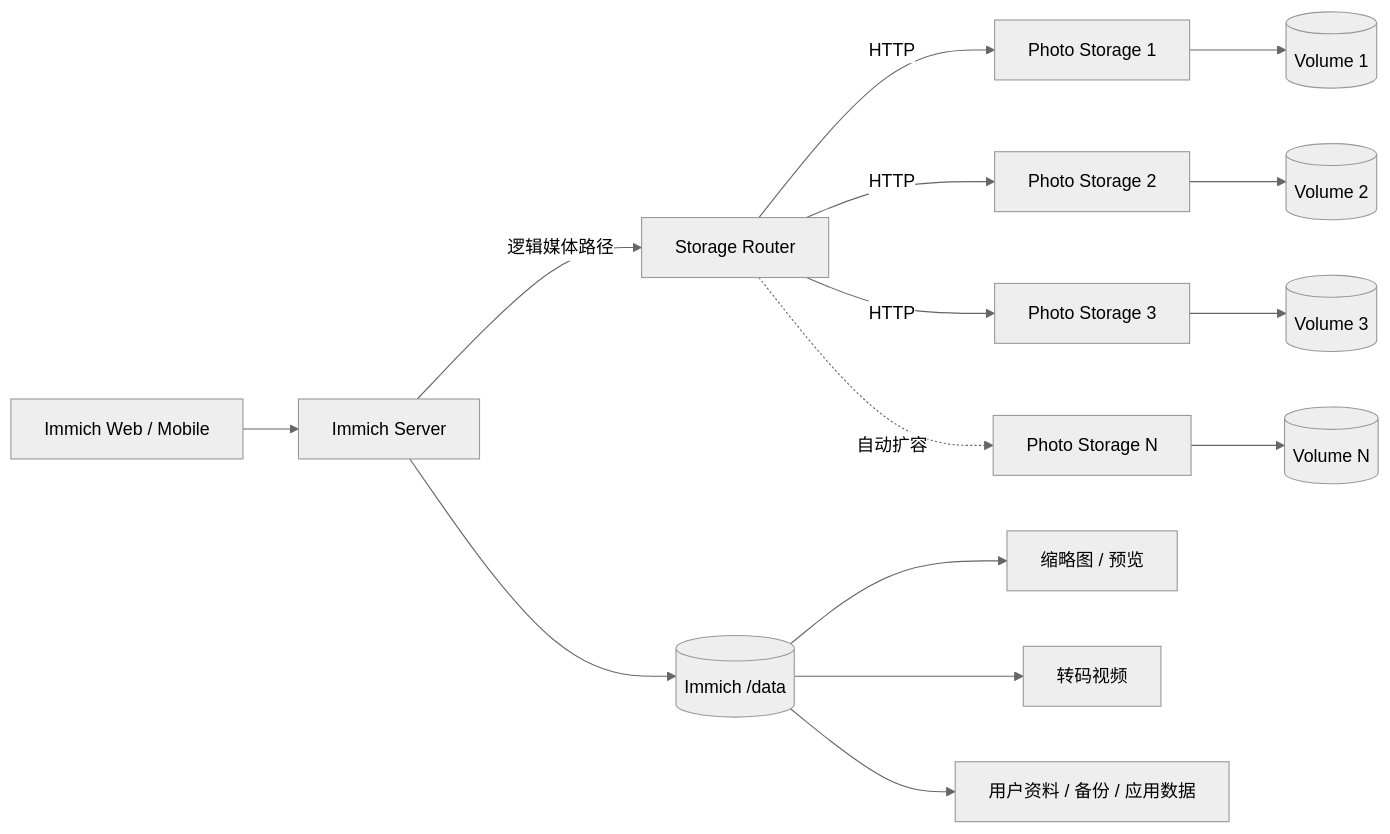
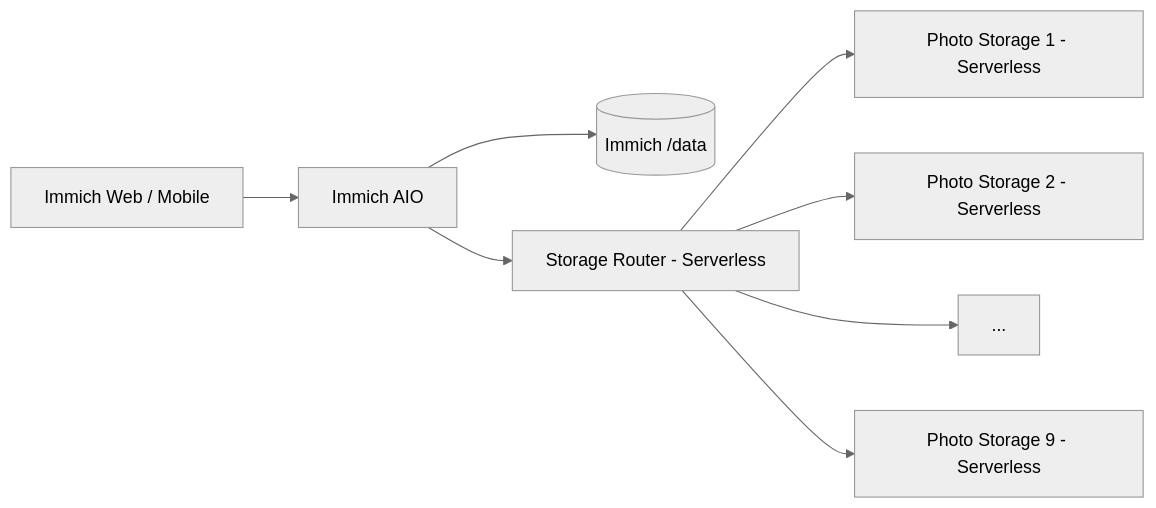
Before and after one commit to bowardzhang/immich: the diagram in README.md, drawn with Mermaid (neutral theme). The commit also changed other lines of this file, not shown here.

Commit message:
docs: update Chinese repository overview for fixed nine-node architecture

````diff
--- a/README.md
+++ b/README.md
@@ -41,17 +12,10 @@
 ```mermaid
 flowchart LR
-    A[Immich Web / Mobile] --> B[Immich Server]
-    B -->|逻辑媒体路径| C[Storage Router]
-    B --> D[(Immich /data)]
-    C -->|HTTP| S1[Photo Storage 1]
-    C -->|HTTP| S2[Photo Storage 2]
-    C -->|HTTP| S3[Photo Storage 3]
-    C -.->|自动扩容| SN[Photo Storage N]
-    S1 --> V1[(Volume 1)]
-    S2 --> V2[(Volume 2)]
-    S3 --> V3[(Volume 3)]
-    SN --> VN[(Volume N)]
-    D --> D1[缩略图 / 预览]
-    D --> D2[转码视频]
-    D --> D3[用户资料 / 备份 / 应用数据]
+    U[Immich Web / Mobile] --> I[Immich AIO]
+    I --> D[(Immich /data)]
+    I --> R[Storage Router - Serverless]
+    R --> S1[Photo Storage 1 - Serverless]
+    R --> S2[Photo Storage 2 - Serverless]
+    R --> SX[...]
+    R --> S9[Photo Storage 9 - Serverless]
 ```
````
